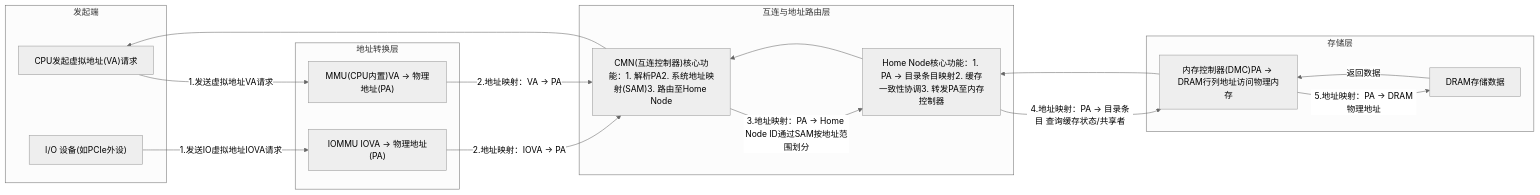
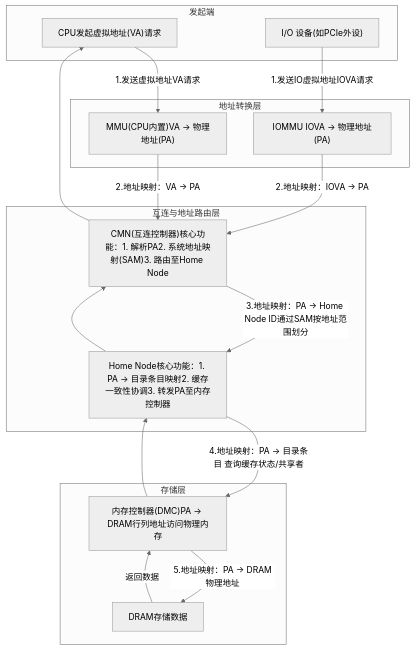
The second of 5 diagrams in source/_posts/arm64-cache和总线总结.md (joyxu/joyxu.github.com), drawn with Mermaid (neutral theme) before and after one commit.

````diff
--- a/source/_posts/arm64-cache和总线总结.md
+++ b/source/_posts/arm64-cache和总线总结.md
@@ -29,37 +29,37 @@
 ```mermaid
-graph LR
+graph
 	%% 定义组件（按数据流向布局）
 	subgraph "发起端"
 		CPU["CPU发起虚拟地址(VA)请求"]
 		Device["I/O 设备(如PCIe外设)"]
 	end
 
 	subgraph "地址转换层"
 		MMU["MMU(CPU内置)VA → 物理地址(PA)"]
 		IOMMU["IOMMU IOVA → 物理地址(PA)"]
 	end
 
 	subgraph "互连与地址路由层"
 		CMN["CMN(互连控制器)核心功能：1. 解析PA2. 系统地址映射(SAM)3. 路由至Home Node"]
 		HomeNode["Home Node核心功能：1. PA → 目录条目映射2. 缓存一致性协调3. 转发PA至内存控制器"]
 	end
 
 	subgraph "存储层"
 		DMC["内存控制器(DMC)PA → DRAM行列地址访问物理内存"]
 		DRAM["DRAM存储数据"]
 	end
 
 	%% 核心流程：CPU发起的地址映射与访问路径
 	CPU -->|1.发送虚拟地址VA请求| MMU
 	MMU -->|2.地址映射：VA → PA| CMN
 	CMN -->|3.地址映射：PA → Home Node ID通过SAM按地址范围划分| HomeNode
 	HomeNode -->|4.地址映射：PA → 目录条目 查询缓存状态/共享者| DMC
 	DMC -->|5.地址映射：PA → DRAM物理地址| DRAM
 	DRAM -->|返回数据| DMC --> HomeNode --> CMN --> CPU
 
 	%% 分支流程：I/O设备发起的地址映射与访问路径
 	Device -->|1.发送IO虚拟地址IOVA请求| IOMMU
 	IOMMU -->|2.地址映射：IOVA → PA| CMN
 	%% 复用CMN的路由逻辑
 	%% 后续流程与CPU侧一致（CMN → HomeNode → DMC → DRAM）
 ```
````
